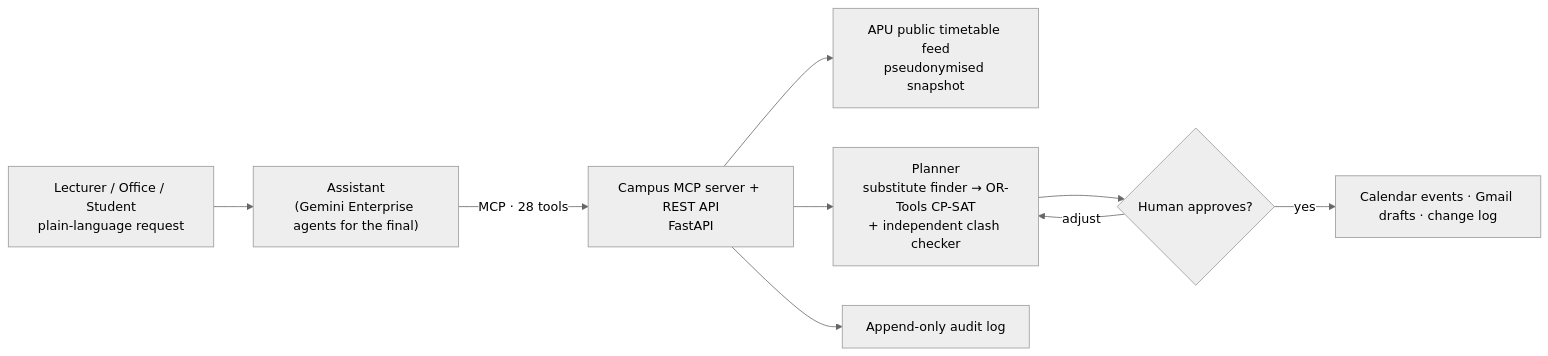
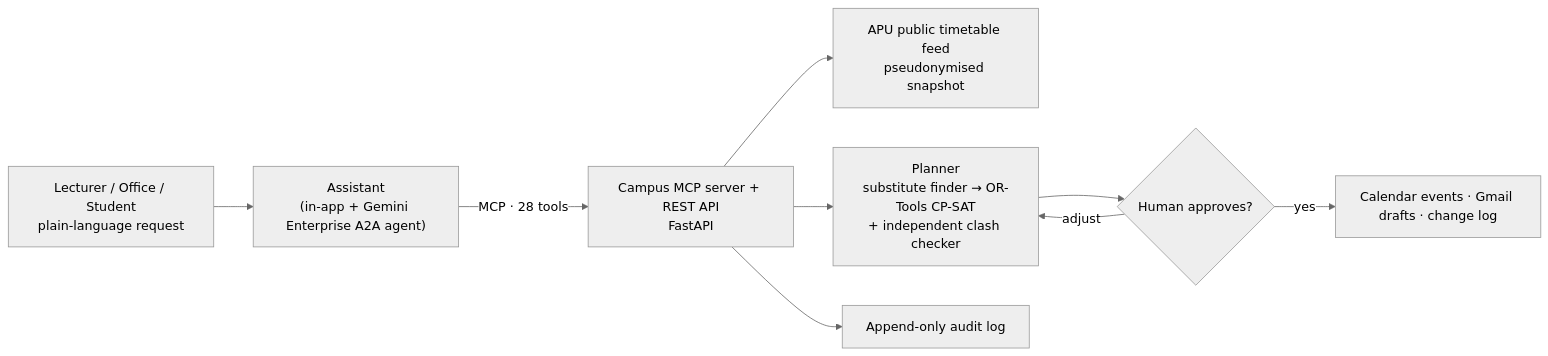
Before and after one commit to azizghaus14/campus-time-ops: the diagram in README.md, drawn with Mermaid (neutral theme). The commit also changed other lines of this file, not shown here.

````diff
--- a/README.md
+++ b/README.md
@@ -58,11 +61,11 @@
 ```mermaid
 flowchart LR
-    U["Lecturer / Office / Student<br/>plain-language request"] --> A["Assistant<br/>(Gemini Enterprise agents for the final)"]
+    U["Lecturer / Office / Student<br/>plain-language request"] --> A["Assistant<br/>(in-app + Gemini Enterprise A2A agent)"]
     A -- "MCP · 28 tools" --> S["Campus MCP server + REST API<br/>FastAPI"]
     S --> D["APU public timetable feed<br/>pseudonymised snapshot"]
     S --> P["Planner<br/>substitute finder → OR-Tools CP-SAT<br/>+ independent clash checker"]
     P --> R{"Human approves?"}
     R -- "yes" --> W["Calendar events · Gmail drafts · change log"]
     R -- "adjust" --> P
     S --> L["Append-only audit log"]
 ```
````
